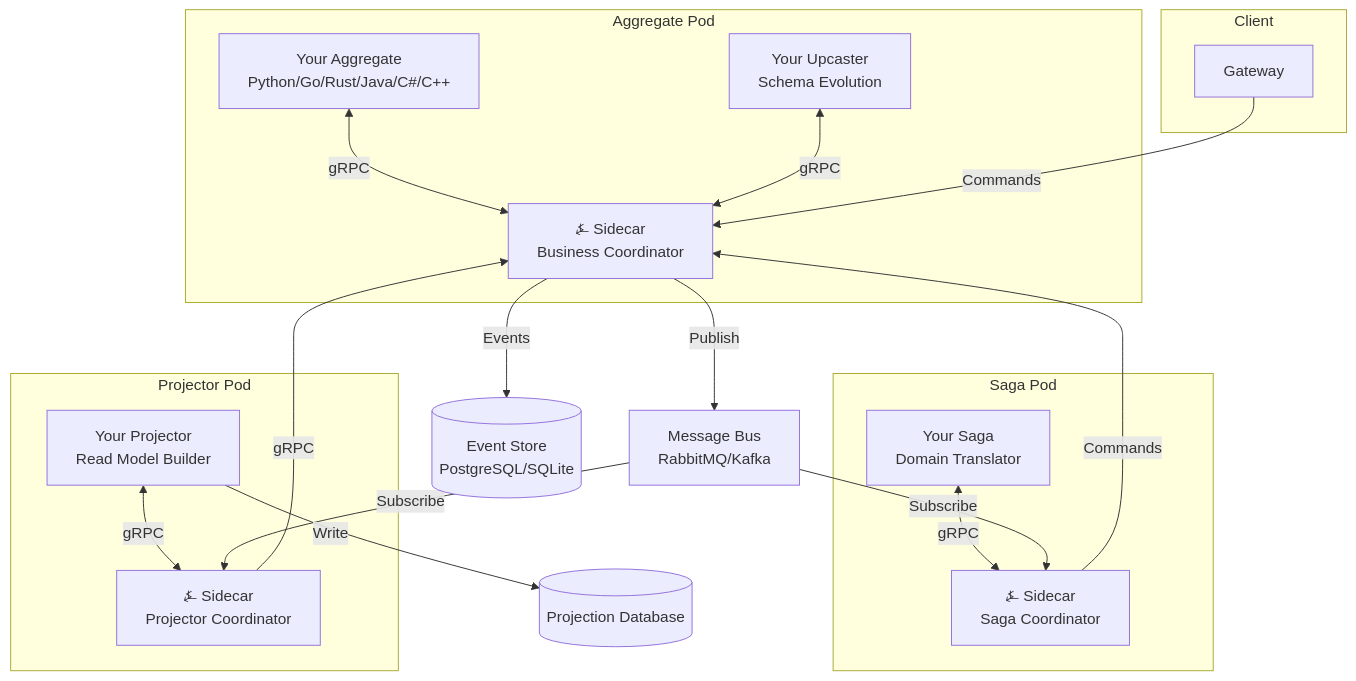
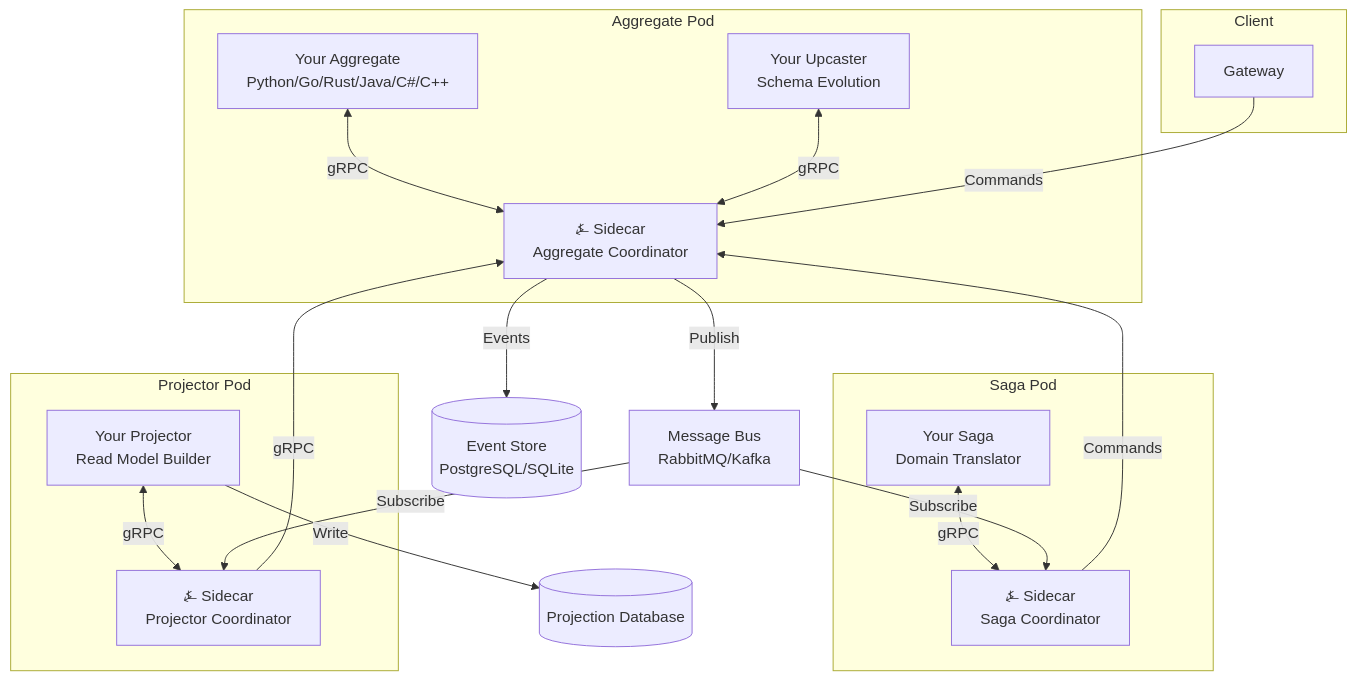
One commit to benjaminabbitt/angzarr changed the diagram in docs/docs/intro.md. Above: the diagram before and after it, drawn with Mermaid. The commit also changed 3 other files, not shown here.

````diff
--- a/docs/docs/intro.md
+++ b/docs/docs/intro.md
@@ -73,39 +73,39 @@
 ```mermaid
 flowchart TB
     subgraph Client
         GW[Gateway]
     end
 
     ES[(Event Store<br/>PostgreSQL/SQLite)]
     BUS[Message Bus<br/>RabbitMQ/Kafka]
     PRJ_DB[(Projection Database)]
 
     subgraph AggPod[Aggregate Pod]
         AGG[Your Aggregate<br/>Python/Go/Rust/Java/C#/C++]
         UPC[Your Upcaster<br/>Schema Evolution]
-        AGG_COORD[⍼ Sidecar<br/>Business Coordinator]
+        AGG_COORD[⍼ Sidecar<br/>Aggregate Coordinator]
         AGG <--> |gRPC| AGG_COORD
         UPC <--> |gRPC| AGG_COORD
     end
 
     subgraph SagaPod[Saga Pod]
         SAGA[Your Saga<br/>Domain Translator]
         SAGA_COORD[⍼ Sidecar<br/>Saga Coordinator]
         SAGA <--> |gRPC| SAGA_COORD
     end
 
     subgraph PrjPod[Projector Pod]
         PRJ[Your Projector<br/>Read Model Builder]
         PRJ_COORD[⍼ Sidecar<br/>Projector Coordinator]
         PRJ <--> |gRPC| PRJ_COORD
     end
 
     GW --> |Commands| AGG_COORD
     AGG_COORD --> |Events| ES
     AGG_COORD --> |Publish| BUS
     BUS --> |Subscribe| SAGA_COORD
     BUS --> |Subscribe| PRJ_COORD
     SAGA_COORD --> |Commands| AGG_COORD
     PRJ_COORD --> |gRPC| AGG_COORD
     PRJ --> |Write| PRJ_DB
 ```
````
